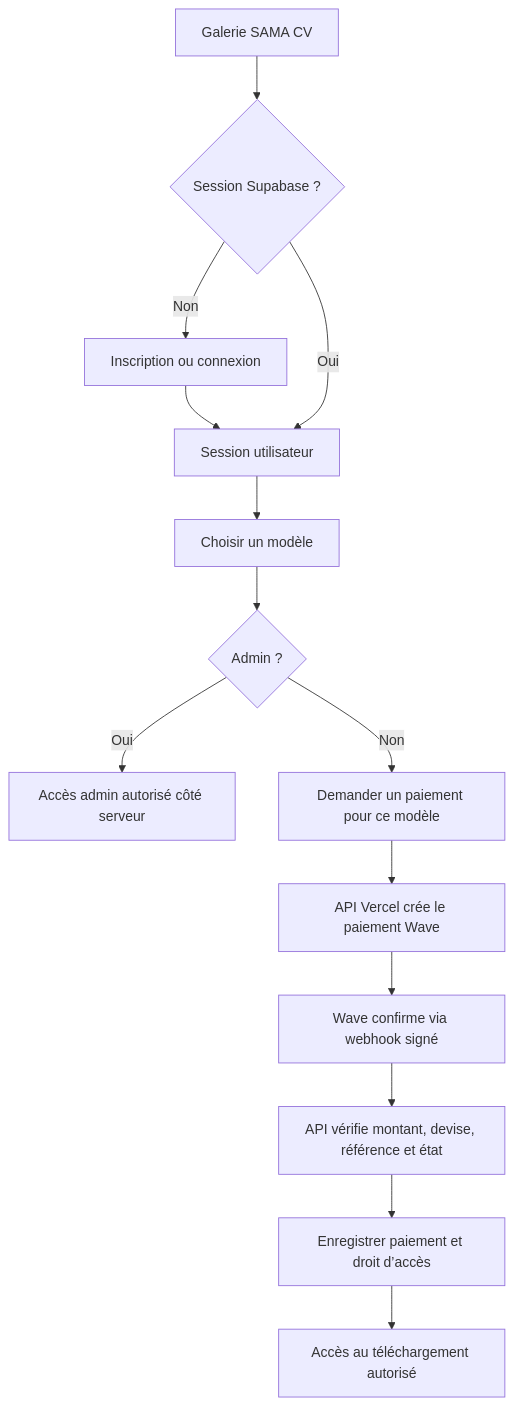
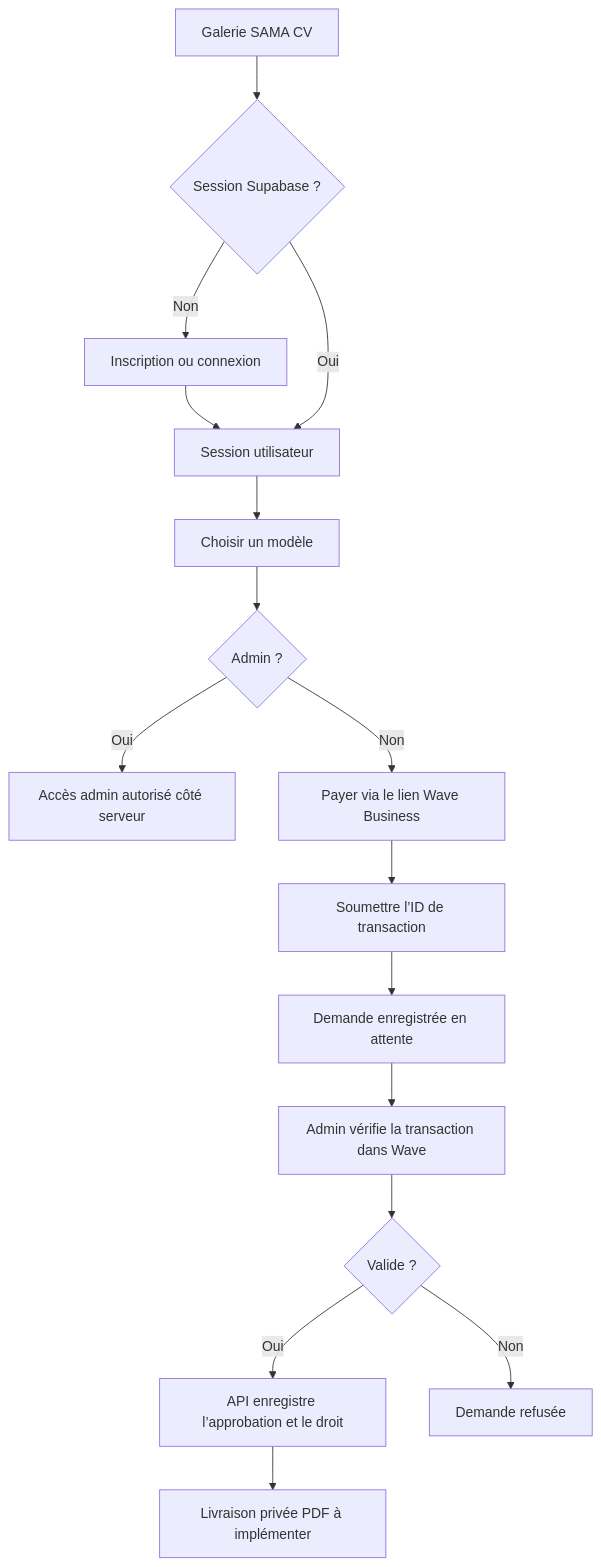
Before and after one commit to macalouboubaa-lab/model_CV: the diagram in ARCHITECTURE.md, drawn with Mermaid. The commit also changed other lines of this file and 38 other files, not shown here.

Commit message:
Add manual Wave payment review flow

````diff
--- a/ARCHITECTURE.md
+++ b/ARCHITECTURE.md
@@ -11,16 +11,18 @@
 ```mermaid
 flowchart TD
   A[Galerie SAMA CV] --> B{Session Supabase ?}
   B -- Non --> C[Inscription ou connexion]
   C --> D[Session utilisateur]
   B -- Oui --> D
   D --> E[Choisir un modèle]
   E --> F{Admin ?}
   F -- Oui --> G[Accès admin autorisé côté serveur]
-  F -- Non --> H[Demander un paiement pour ce modèle]
-  H --> I[API Vercel crée le paiement Wave]
-  I --> J[Wave confirme via webhook signé]
-  J --> K[API vérifie montant, devise, référence et état]
-  K --> L[Enregistrer paiement et droit d’accès]
-  L --> M[Accès au téléchargement autorisé]
+  F -- Non --> H[Payer via le lien Wave Business]
+  H --> I[Soumettre l’ID de transaction]
+  I --> J[Demande enregistrée en attente]
+  J --> K[Admin vérifie la transaction dans Wave]
+  K --> L{Valide ?}
+  L -- Oui --> M[API enregistre l’approbation et le droit]
+  L -- Non --> N[Demande refusée]
+  M --> O[Livraison privée PDF à implémenter]
 ```
````
